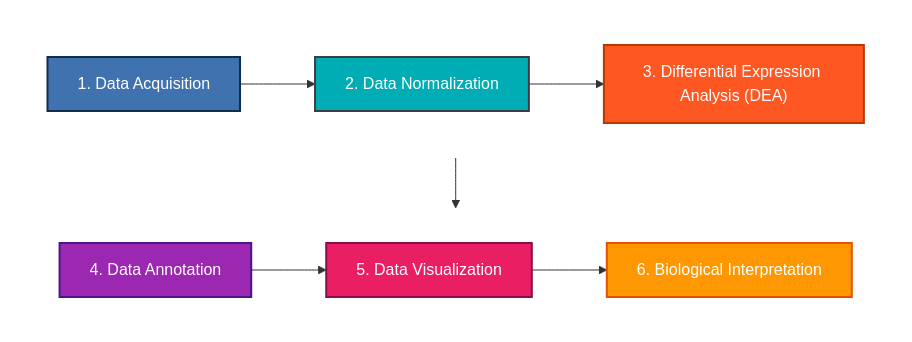
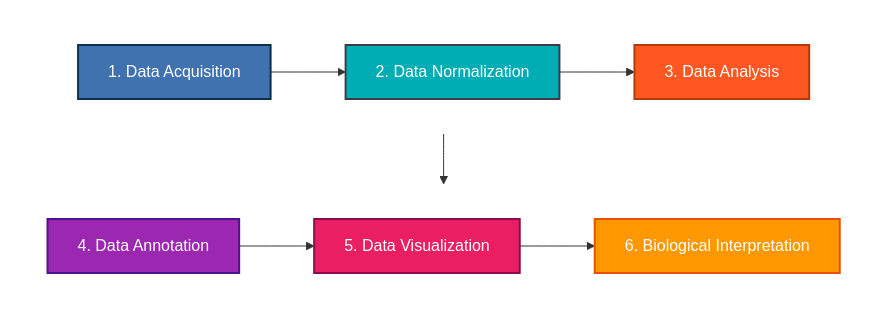
One commit to JoseManurung/PDAC-PNI-Transcriptomics-Analysis changed the diagram in README.md. Above: the diagram before and after it, drawn with Mermaid. The commit also changed other lines of this file, not shown here.

````diff
--- a/README.md
+++ b/README.md
@@ -81,31 +81,31 @@
 ```mermaid
 graph TD
     %% Top Row: Steps 1 to 4 (Flowing Left to Right)
     subgraph Row1 [ ]
         direction LR
         S1["1. Data Acquisition"] --> S2["2. Data Normalization"]
-        S2 --> S3["3. Differential Expression Analysis (DEA)"]
+        S2 --> S3["3. Data Analysis"]
     end
 
     %% Vertical connector from Step 3 down to Step 4
     S3 --> S4
 
     %% Bottom Row: Steps 4 to 6 (Flowing Right to Left)
     subgraph Row2 [ ]
         direction LR
         S4["4. Data Annotation"] --> S5["5. Data Visualization"]
         S5 --> S6["6. Biological Interpretation"]
     end
 
     %% Creative Colorful Styling for Each Step
     style S1 fill:#3f72af,color:#fff,stroke:#112d4e,stroke-width:2px
     style S2 fill:#00adb5,color:#fff,stroke:#393e46,stroke-width:2px
     style S3 fill:#ff5722,color:#fff,stroke:#b23b00,stroke-width:2px
     style S4 fill:#9c27b0,color:#fff,stroke:#4a148c,stroke-width:2px
     style S5 fill:#e91e63,color:#fff,stroke:#880e4f,stroke-width:2px
     style S6 fill:#ff9800,color:#fff,stroke:#e65100,stroke-width:2px
 
     %% Remove subgraph borders and background for a clean layout
     style Row1 fill:transparent,stroke:none
     style Row2 fill:transparent,stroke:none
 ```
````
